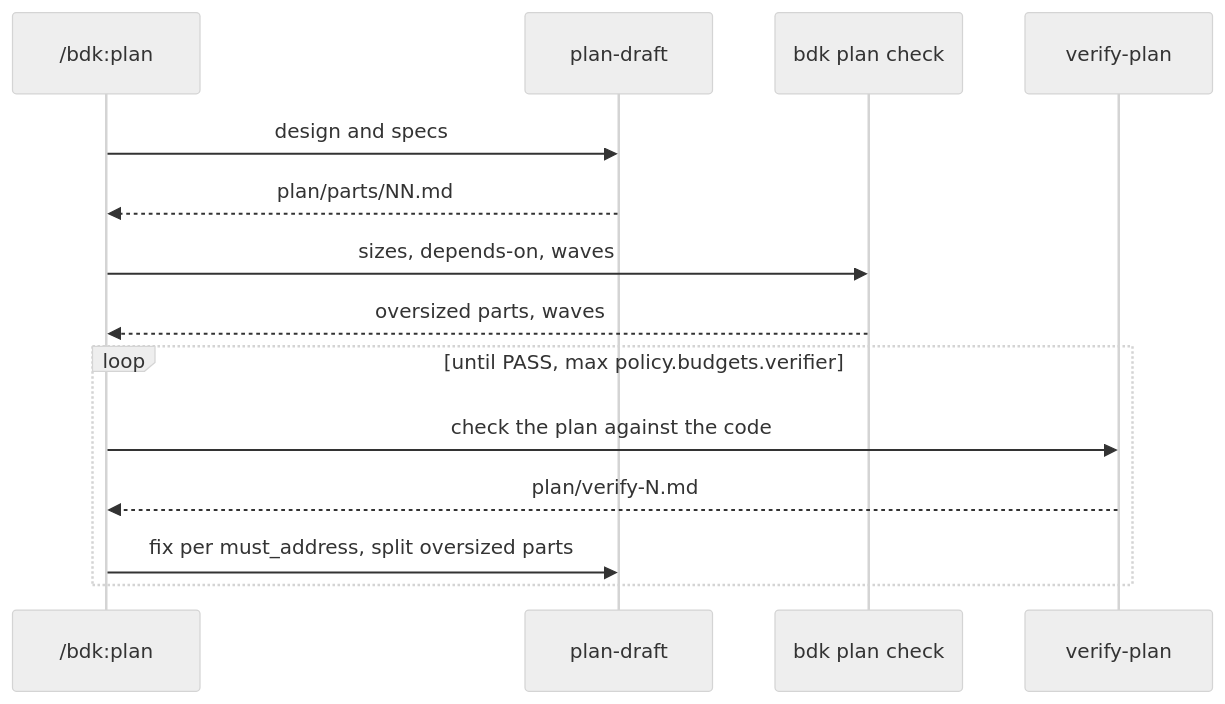
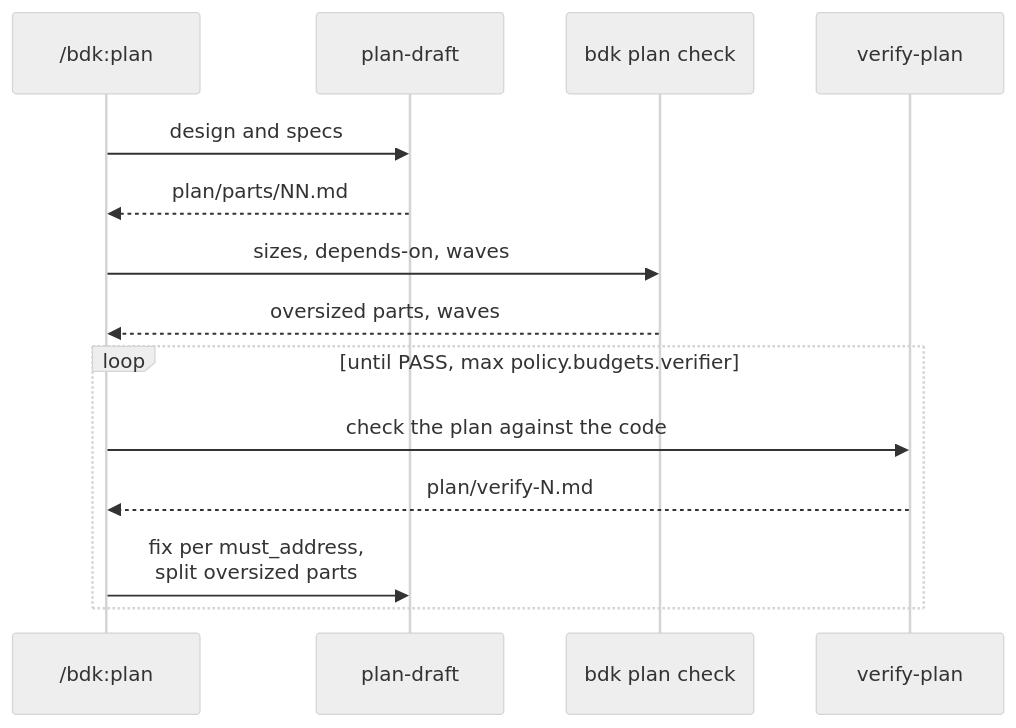
One commit to broneq/bdk changed the eighth of 12 diagrams in docs/design/2026-10-07-v3-architecture.md. Above: the diagram before and after it, drawn with Mermaid (neutral theme). The commit also changed other lines of this file and 10 other files, not shown here.

First line of the commit message:
fix(docs): keep sequence diagram names whole

````diff
--- a/docs/design/2026-10-07-v3-architecture.md
+++ b/docs/design/2026-10-07-v3-architecture.md
@@ -346,16 +346,16 @@
 ```mermaid
 sequenceDiagram
   participant O as /bdk:plan
   participant A as plan-draft
   participant C as bdk plan check
   participant V as verify-plan
   O->>A: design and specs
   A-->>O: plan/parts/NN.md
   O->>C: sizes, depends-on, waves
   C-->>O: oversized parts, waves
   loop until PASS, max policy.budgets.verifier
     O->>V: check the plan against the code
     V-->>O: plan/verify-N.md
-    O->>A: fix per must_address, split oversized parts
+    O->>A: fix per must_address,<br/>split oversized parts
   end
 ```
````
